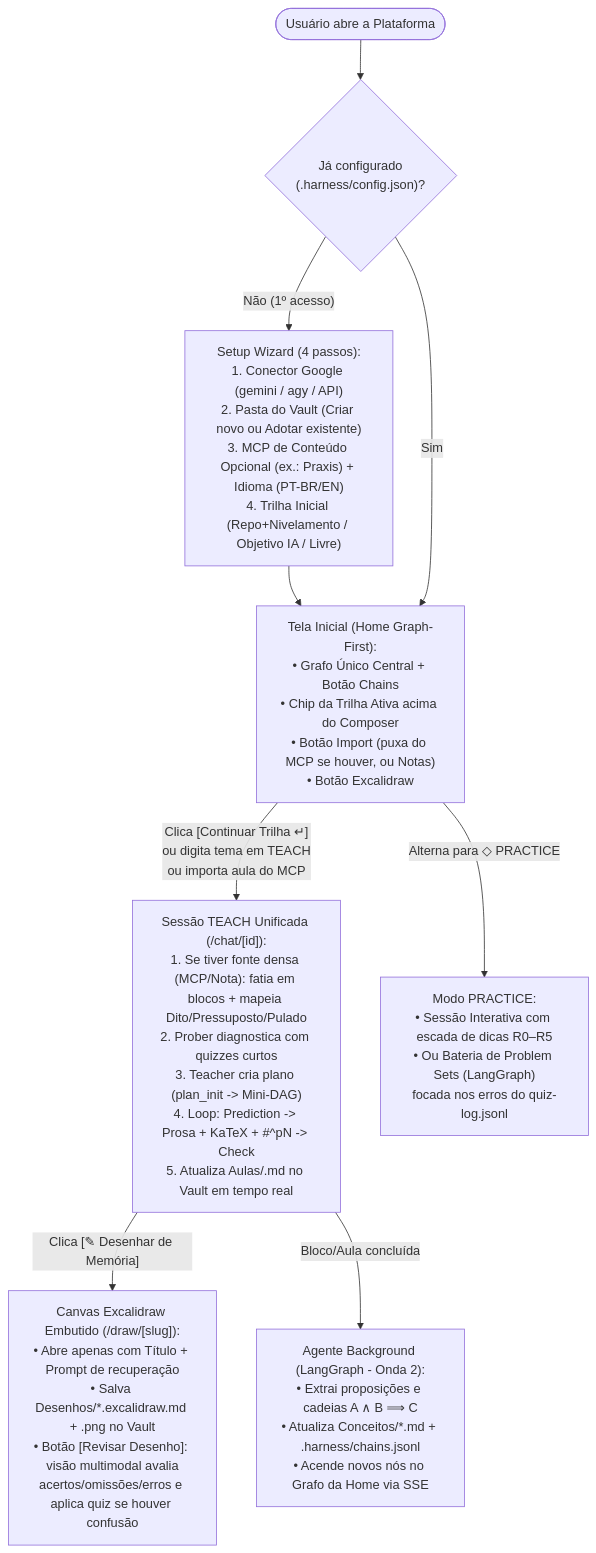
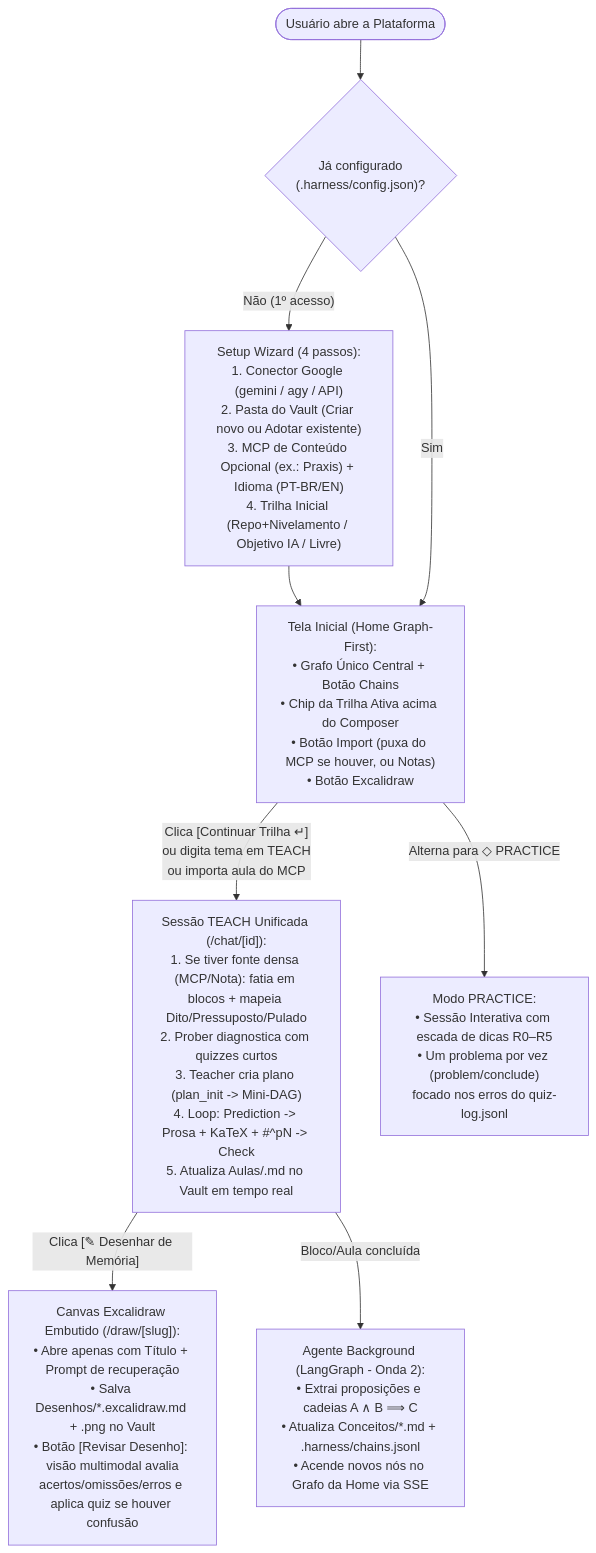
Before and after one commit to Lazaroenrico/lapidare: the diagram in docs/CONTEXT_AND_BEHAVIOR.md, drawn with Mermaid. The commit also changed other lines of this file and 24 other files, not shown here.

````diff
--- a/docs/CONTEXT_AND_BEHAVIOR.md
+++ b/docs/CONTEXT_AND_BEHAVIOR.md
@@ -52,15 +52,15 @@
 ```mermaid
 flowchart TB
     START(["Usuário abre a Plataforma"]) --> CHECK_CFG{"Já configurado\n(.harness/config.json)?"}
     CHECK_CFG -- "Não (1º acesso)" --> SETUP["Setup Wizard (4 passos):\n1. Conector Google (gemini / agy / API)\n2. Pasta do Vault (Criar novo ou Adotar existente)\n3. MCP de Conteúdo Opcional (ex.: Praxis) + Idioma (PT-BR/EN)\n4. Trilha Inicial (Repo+Nivelamento / Objetivo IA / Livre)"]
     SETUP --> HOME
     CHECK_CFG -- "Sim" --> HOME["Tela Inicial (Home Graph-First):\n• Grafo Único Central + Botão Chains\n• Chip da Trilha Ativa acima do Composer\n• Botão Import (puxa do MCP se houver, ou Notas)\n• Botão Excalidraw"]
 
     HOME -- "Clica [Continuar Trilha ↵]\nou digita tema em TEACH\nou importa aula do MCP" --> TEACH["Sessão TEACH Unificada (/chat/[id]):\n1. Se tiver fonte densa (MCP/Nota): fatia em blocos + mapeia Dito/Pressuposto/Pulado\n2. Prober diagnostica com quizzes curtos\n3. Teacher cria plano (plan_init -> Mini-DAG)\n4. Loop: Prediction -> Prosa + KaTeX + #^pN -> Check\n5. Atualiza Aulas/<Tema>.md no Vault em tempo real"]
 
-    HOME -- "Alterna para ◇ PRACTICE" --> PRACTICE["Modo PRACTICE:\n• Sessão Interativa com escada de dicas R0–R5\n• Ou Bateria de Problem Sets (LangGraph)\nfocada nos erros do quiz-log.jsonl"]
+    HOME -- "Alterna para ◇ PRACTICE" --> PRACTICE["Modo PRACTICE:\n• Sessão Interativa com escada de dicas R0–R5\n• Um problema por vez (problem/conclude)\nfocado nos erros do quiz-log.jsonl"]
 
     TEACH -- "Clica [✎ Desenhar de Memória]" --> DRAW["Canvas Excalidraw Embutido (/draw/[slug]):\n• Abre apenas com Título + Prompt de recuperação\n• Salva Desenhos/*.excalidraw.md + .png no Vault\n• Botão [Revisar Desenho]: visão multimodal avalia\nacertos/omissões/erros e aplica quiz se houver confusão"]
 
     TEACH -- "Bloco/Aula concluída" --> BG["Agente Background (LangGraph - Onda 2):\n• Extrai proposições e cadeias A ∧ B ⟹ C\n• Atualiza Conceitos/*.md + .harness/chains.jsonl\n• Acende novos nós no Grafo da Home via SSE"]
 ```
````
